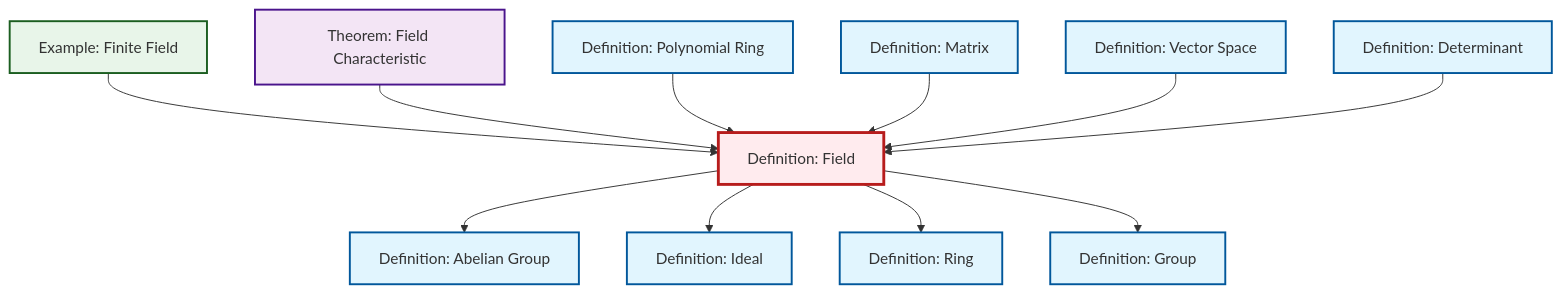
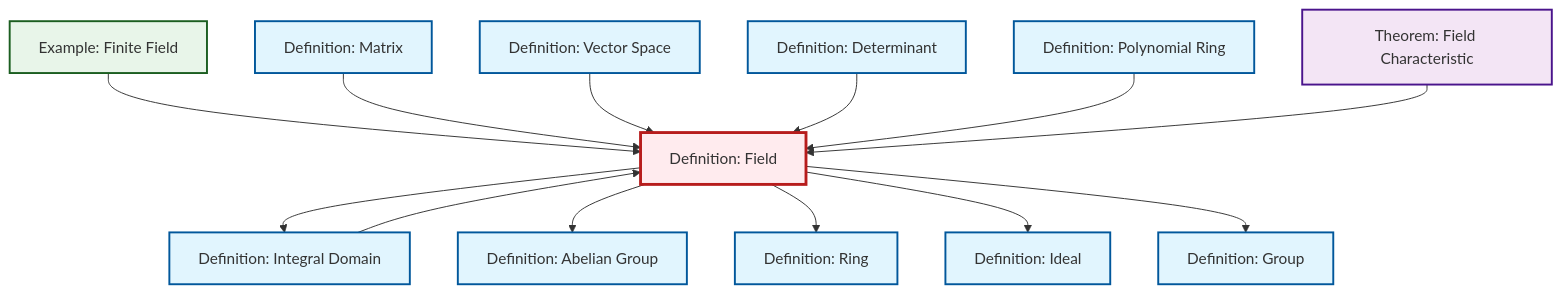
Before and after one commit to RK0429/ModernMath: the diagram in output/mermaid/def-field.mermaid, drawn with Mermaid. The commit also changed 597 other files, not shown here.

```diff
--- a/output/mermaid/def-field.mermaid
+++ b/output/mermaid/def-field.mermaid
@@ -1,29 +1,32 @@
 %%| fig-cap: "Local dependency graph"
 graph TD
     classDef definition fill:#e1f5fe,stroke:#01579b,stroke-width:2px
     classDef theorem fill:#f3e5f5,stroke:#4a148c,stroke-width:2px
     classDef axiom fill:#fff3e0,stroke:#e65100,stroke-width:2px
     classDef example fill:#e8f5e9,stroke:#1b5e20,stroke-width:2px
     classDef current fill:#ffebee,stroke:#b71c1c,stroke-width:3px
+    ex-finite-field["Example: Finite Field"]:::example
+    def-integral-domain["Definition: Integral Domain"]:::definition
+    thm-field-characteristic["Theorem: Field Characteristic"]:::theorem
+    def-polynomial-ring["Definition: Polynomial Ring"]:::definition
+    def-ideal["Definition: Ideal"]:::definition
     def-vector-space["Definition: Vector Space"]:::definition
     def-matrix["Definition: Matrix"]:::definition
+    def-field["Definition: Field"]:::definition
     def-ring["Definition: Ring"]:::definition
     def-determinant["Definition: Determinant"]:::definition
-    ex-finite-field["Example: Finite Field"]:::example
-    def-polynomial-ring["Definition: Polynomial Ring"]:::definition
-    def-ideal["Definition: Ideal"]:::definition
     def-abelian-group["Definition: Abelian Group"]:::definition
     def-group["Definition: Group"]:::definition
-    thm-field-characteristic["Theorem: Field Characteristic"]:::theorem
-    def-field["Definition: Field"]:::definition
+    def-field --> def-integral-domain
     def-field --> def-abelian-group
     ex-finite-field --> def-field
-    thm-field-characteristic --> def-field
-    def-polynomial-ring --> def-field
-    def-field --> def-ideal
     def-matrix --> def-field
     def-vector-space --> def-field
+    def-integral-domain --> def-field
     def-determinant --> def-field
+    def-polynomial-ring --> def-field
     def-field --> def-ring
+    def-field --> def-ideal
     def-field --> def-group
+    thm-field-characteristic --> def-field
     class def-field current
```
